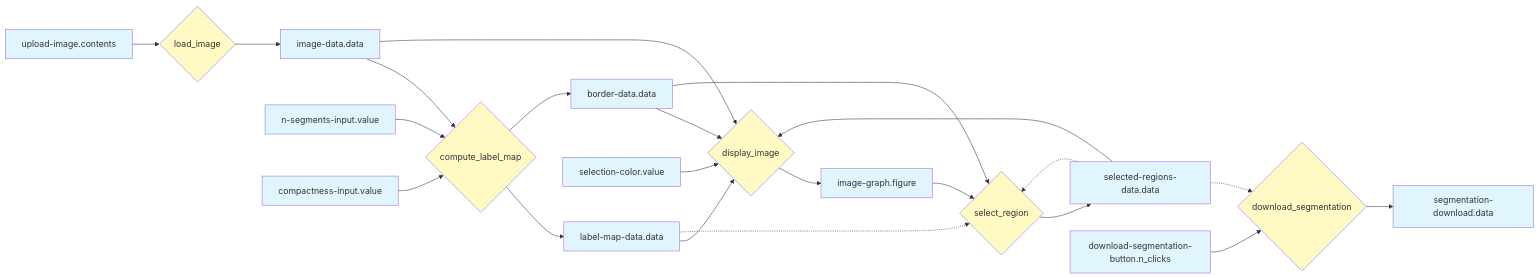
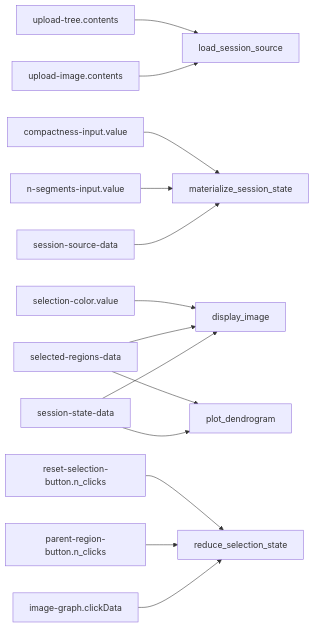
One commit to baptisteesteban/hierarchical_segmentation_selector changed the second of 2 diagrams in doc/development/index.md. Above: the diagram before and after it, drawn with Mermaid. The commit also changed other lines of this file and 16 other files, not shown here.

````diff
--- a/doc/development/index.md
+++ b/doc/development/index.md
@@ -34,51 +132,16 @@
 ```mermaid
 graph LR
-    upload-image["upload-image.contents"]
-    image-data["image-data.data"]
-    n-segments["n-segments-input.value"]
-    compactness["compactness-input.value"]
-    label-map["label-map-data.data"]
-    border["border-data.data"]
-    selected-regions["selected-regions-data.data"]
-    selection-color["selection-color.value"]
-    image-graph["image-graph.figure"]
-    download-btn["download-segmentation-button.n_clicks"]
-    segmentation-dl["segmentation-download.data"]
-    
-    load{load_image}
-    compute{compute_label_map}
-    display{display_image}
-    select{select_region}
-    download{download_segmentation}
-    
-    upload-image --> load
-    load --> image-data
-    
-    image-data --> compute
-    n-segments --> compute
-    compactness --> compute
-    compute --> label-map
-    compute --> border
-    
-    image-data --> display
-    label-map --> display
-    selected-regions --> display
-    border --> display
-    selection-color --> display
-    display --> image-graph
-    
-    image-graph --> select
-    border --> select
-    selected-regions -.-> select
-    label-map -.-> select
-    select --> selected-regions
-    
-    download-btn --> download
-    selected-regions -.-> download
-    download --> segmentation-dl
-    
-    classDef data fill:#e1f5ff
-    classDef callback fill:#fff9c4
-    class upload-image,image-data,n-segments,compactness,label-map,border,selected-regions,selection-color,image-graph,download-btn,segmentation-dl data
-    class load,compute,display,select,download callback
+    upload-image["upload-image.contents"] --> load_session_source
+    upload-tree["upload-tree.contents"] --> load_session_source
+    session-source["session-source-data"] --> materialize_session_state
+    n-segments["n-segments-input.value"] --> materialize_session_state
+    compactness["compactness-input.value"] --> materialize_session_state
+    session-state["session-state-data"] --> display_image
+    selected-regions["selected-regions-data"] --> display_image
+    selection-color["selection-color.value"] --> display_image
+    image-graph["image-graph.clickData"] --> reduce_selection_state
+    parent-button["parent-region-button.n_clicks"] --> reduce_selection_state
+    reset-button["reset-selection-button.n_clicks"] --> reduce_selection_state
+    session-state --> plot_dendrogram
+    selected-regions --> plot_dendrogram
 ```
````
